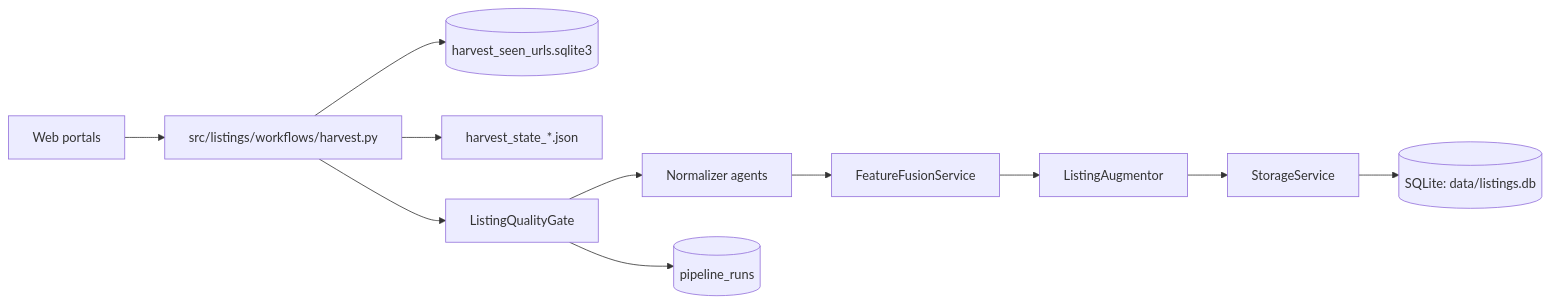
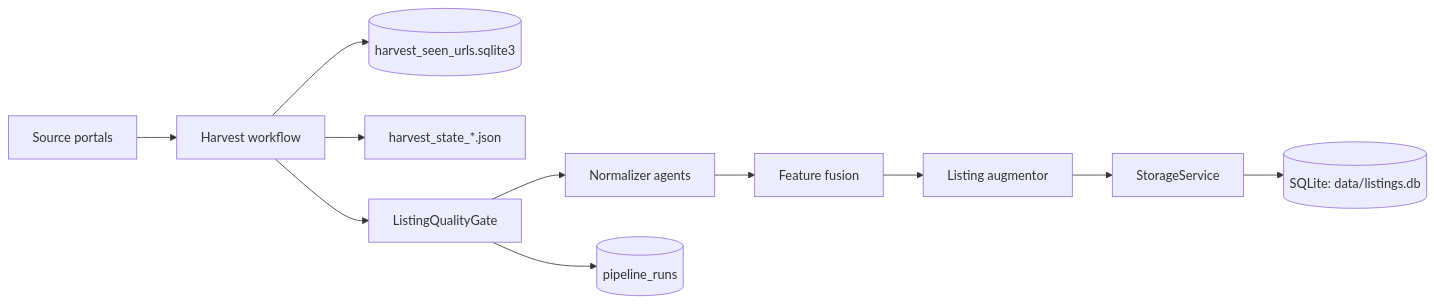
One commit to Nirtzur0/PropertyScanner changed the second of 4 diagrams in docs/02_data_pipeline.md. Above: the diagram before and after it, drawn with Mermaid. The commit also changed other lines of this file and 68 other files, not shown here.

````diff
--- a/docs/02_data_pipeline.md
+++ b/docs/02_data_pipeline.md
@@ -28,13 +29,13 @@
 ```mermaid
 flowchart LR
-    Portal["Web portals"] --> HB["src/listings/workflows/harvest.py"]
-    HB --> Seen[("harvest_seen_urls.sqlite3")]
-    HB --> State["harvest_state_*.json"]
-    HB --> Gate["ListingQualityGate"]
+    Portal["Source portals"] --> Harvest["Harvest workflow"]
+    Harvest --> Seen[("harvest_seen_urls.sqlite3")]
+    Harvest --> State["harvest_state_*.json"]
+    Harvest --> Gate["ListingQualityGate"]
     Gate --> Norm["Normalizer agents"]
-    Norm --> Fusion["FeatureFusionService"]
-    Fusion --> Aug["ListingAugmentor"]
+    Norm --> Fusion["Feature fusion"]
+    Fusion --> Aug["Listing augmentor"]
     Aug --> Store["StorageService"]
     Store --> DB[("SQLite: data/listings.db")]
     Gate --> Runs[("pipeline_runs")]
 ```
````
